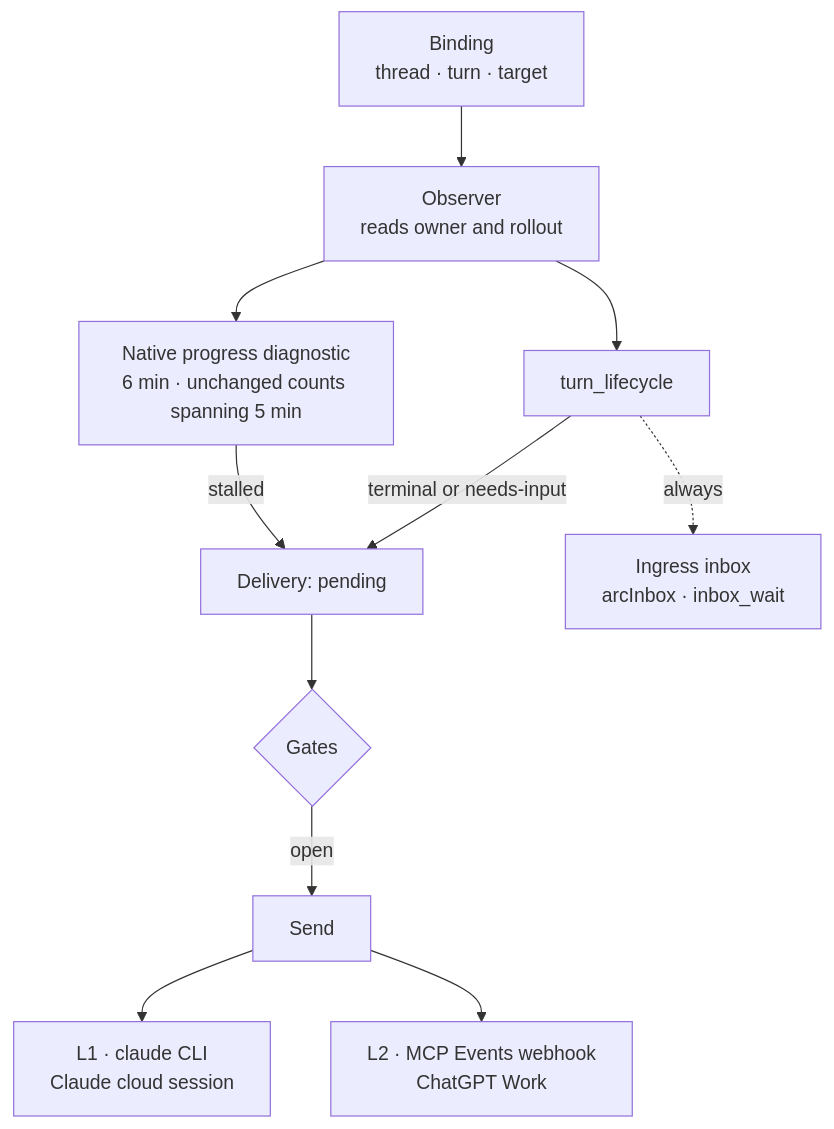
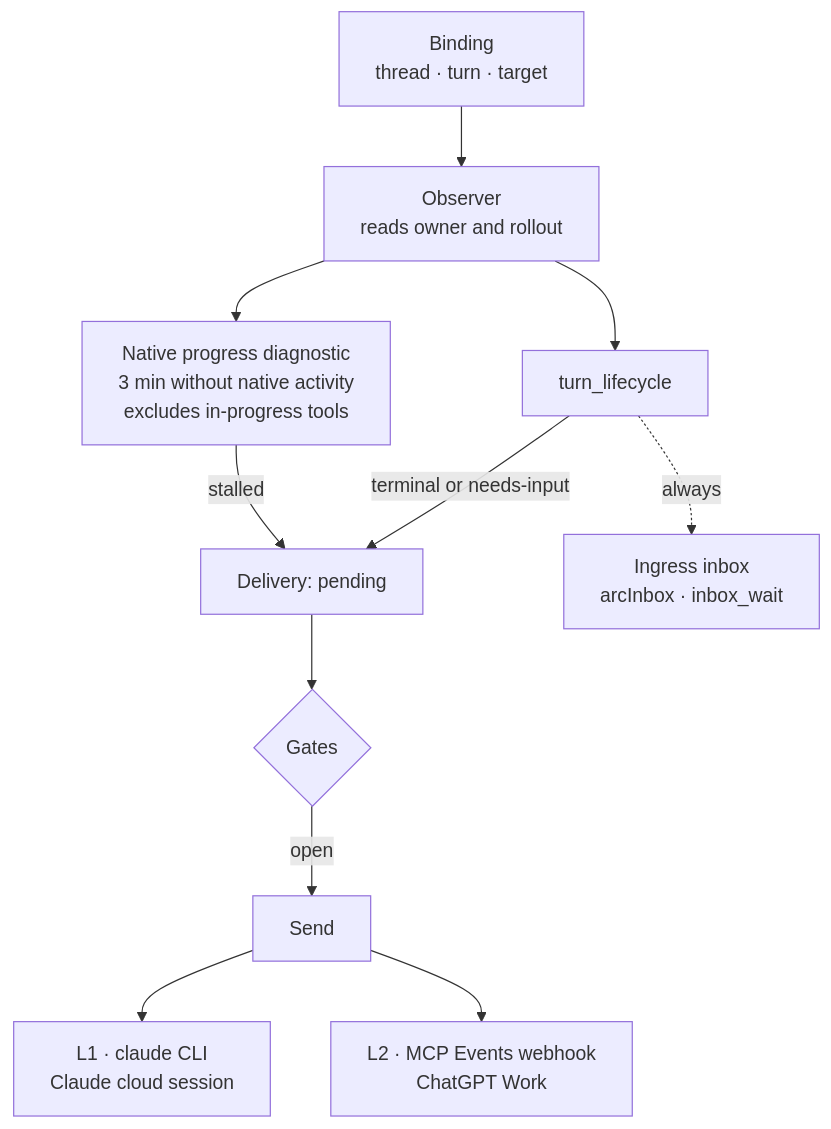
One commit to whzxc/agent-remote-control changed the diagram in arch/mechanisms/notification-flow.mmd. Above: the diagram before and after it, drawn with Mermaid. The commit also changed 10 other files, not shown here.

Commit message:
fix(codex): detect three-minute native activity stalls

```diff
--- a/arch/mechanisms/notification-flow.mmd
+++ b/arch/mechanisms/notification-flow.mmd
@@ -1,15 +1,15 @@
 %% Notification flow (layer 2): from binding to L1/L2 delivery and the ingress inbox.
 %% Index and code mapping: docs/dev/arch-assets.md
 flowchart TB
   bind["Binding<br/>thread · turn · target"] --> observe["Observer<br/>reads owner and rollout"]
   observe --> lifecycle["turn_lifecycle"]
-  observe --> progress["Native progress diagnostic<br/>6 min · unchanged counts spanning 5 min"]
+  observe --> progress["Native progress diagnostic<br/>3 min without native activity<br/>excludes in-progress tools"]
   progress -->|"stalled"| delivery
   lifecycle -->|"terminal or needs-input"| delivery["Delivery: pending"]
   lifecycle -.->|"always"| inbox["Ingress inbox<br/>arcInbox · inbox_wait"]
   delivery --> gates{"Gates"}
   gates -->|"open"| send["Send"]
   send --> cli["L1 · claude CLI<br/>Claude cloud session"]
   send --> webhook["L2 · MCP Events webhook<br/>ChatGPT Work"]
   class observe gap
   class progress uncertain
```
